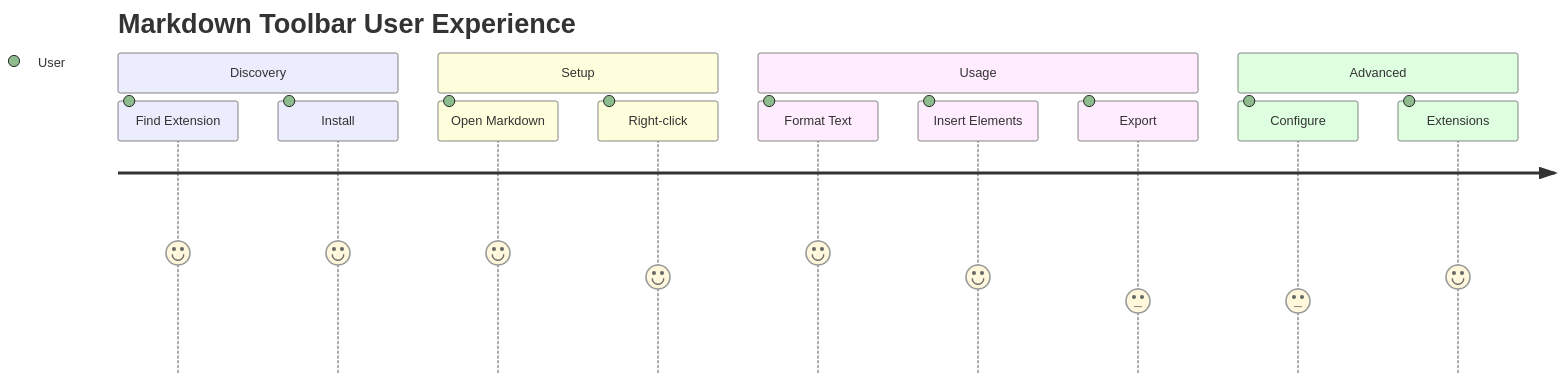
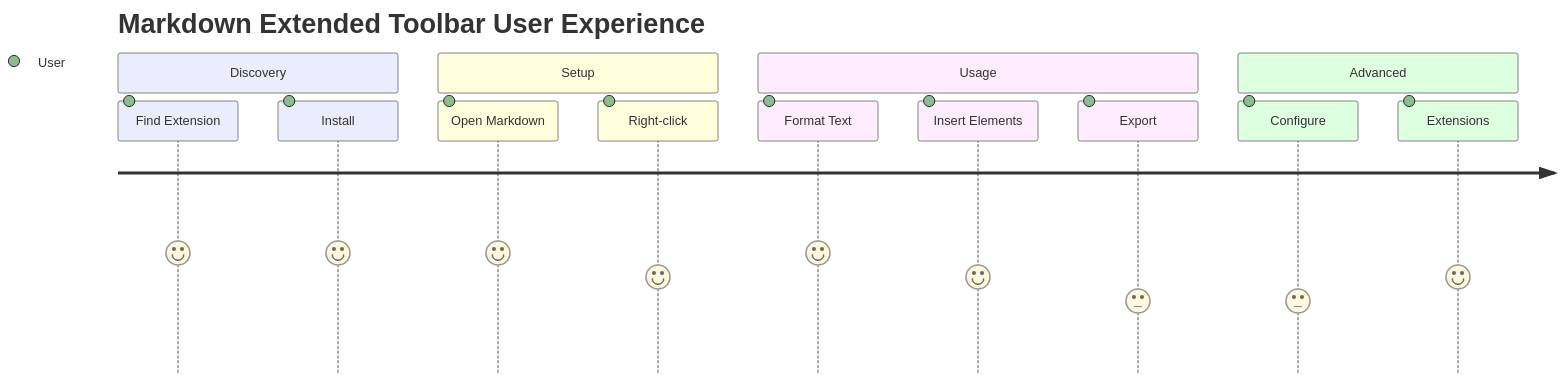
Before and after one commit to GSejas/markdown-toolbar: the second of 10 diagrams in README.md, drawn with Mermaid. The commit also changed other lines of this file and 60 other files, not shown here.

First line of the commit message:
refactor: Rename Markdown Toolbar to Markdown Extended Toolbar across documentation and codebase

````diff
--- a/README.md
+++ b/README.md
@@ -98,17 +98,17 @@
 ```mermaid
 journey
-    title Markdown Toolbar User Experience
+    title Markdown Extended Toolbar User Experience
     section Discovery
       Find Extension: 5: User
       Install: 5: User
     section Setup
       Open Markdown: 5: User
       Right-click: 4: User
     section Usage
       Format Text: 5: User
       Insert Elements: 4: User
       Export: 3: User
     section Advanced
       Configure: 3: User
       Extensions: 4: User
 ```
````
